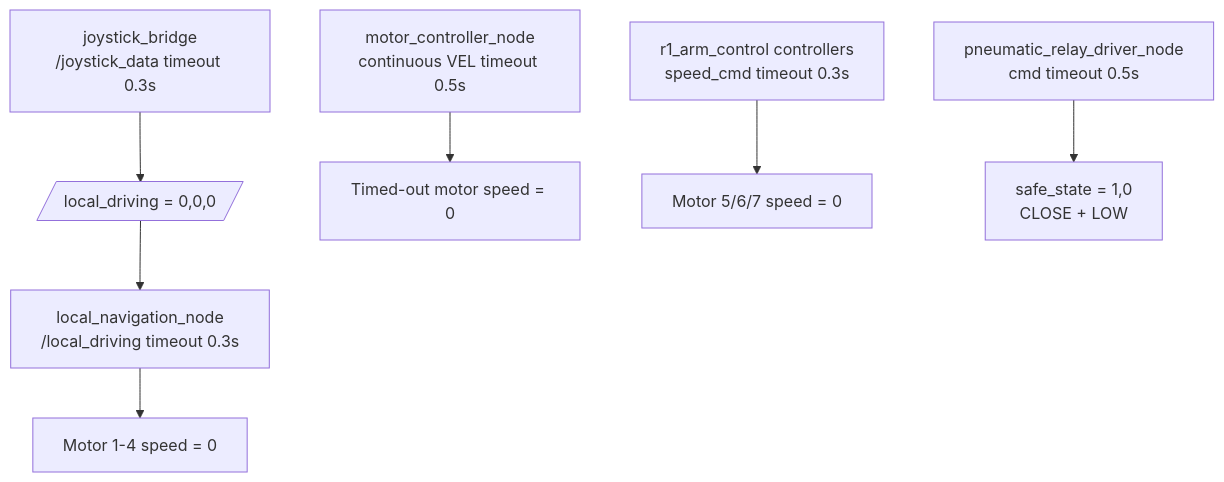
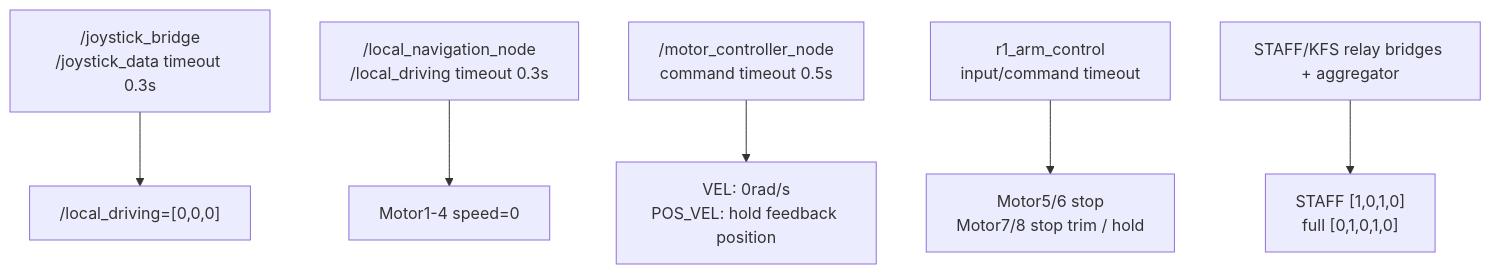
One commit to herolch07/joystck_controller changed the fifth of 6 diagrams in ARCHITECTURE.md. Above: the diagram before and after it, drawn with Mermaid. The commit also changed other lines of this file and 18 other files, not shown here.

````diff
--- a/ARCHITECTURE.md
+++ b/ARCHITECTURE.md
@@ -178,21 +175,8 @@
 ```mermaid
 flowchart TD
-    JoyTimeout[joystick_bridge<br/>/joystick_data timeout 0.3s]
-    LocalStop[/local_driving = 0,0,0/]
-    NavTimeout[local_navigation_node<br/>/local_driving timeout 0.3s]
-    BaseStop[Motor 1-4 speed = 0]
-
-    DamiaoTimeout[motor_controller_node<br/>continuous VEL timeout 0.5s]
-    MotorStop[Timed-out motor speed = 0]
-
-    ArmTimeout[r1_arm_control controllers<br/>speed_cmd timeout 0.3s]
-    ArmStop[Motor 5/6/7 speed = 0]
-
-    PneuTimeout[pneumatic_relay_driver_node<br/>cmd timeout 0.5s]
-    SafeState[safe_state = 1,0<br/>CLOSE + LOW]
-
-    JoyTimeout --> LocalStop --> NavTimeout --> BaseStop
-    DamiaoTimeout --> MotorStop
-    ArmTimeout --> ArmStop
-    PneuTimeout --> SafeState
+    JoyTimeout["/joystick_bridge<br/>/joystick_data timeout 0.3s"] --> LocalStop["/local_driving=[0,0,0]"]
+    LocalTimeout["/local_navigation_node<br/>/local_driving timeout 0.3s"] --> WheelStop["Motor1-4 speed=0"]
+    DamiaoTimeout["/motor_controller_node<br/>command timeout 0.5s"] --> DamiaoSafe["VEL: 0rad/s<br/>POS_VEL: hold feedback position"]
+    ArmTimeout["r1_arm_control<br/>input/command timeout"] --> ArmSafe["Motor5/6 stop<br/>Motor7/8 stop trim / hold"]
+    PneuTimeout["STAFF/KFS relay bridges + aggregator"] --> RelaySafe["STAFF [1,0,1,0]<br/>full [0,1,0,1,0]"]
 ```
````
